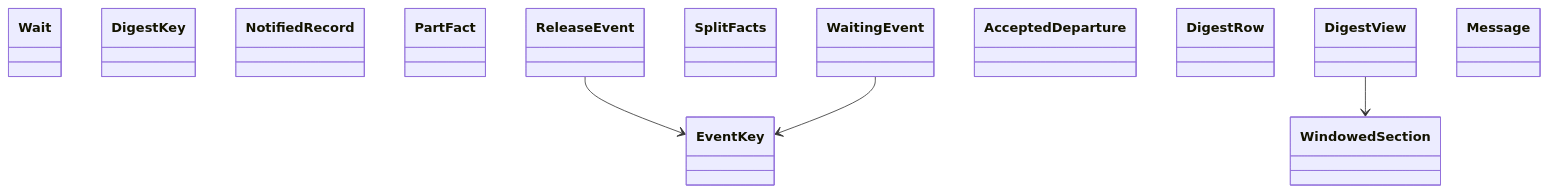
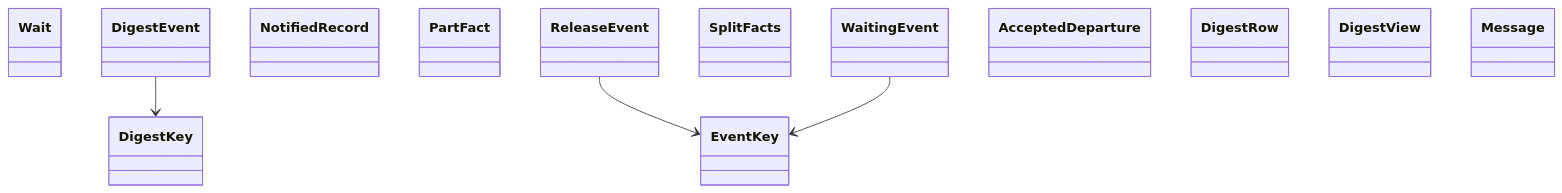
Before and after one commit to GonzaloZevallos/agentic-system: the diagram in docs/architecture/generated/classes-process-domain-machine-2.md, drawn with Mermaid. The commit also changed other lines of this file and 7 other files, not shown here.

````diff
--- a/docs/architecture/generated/classes-process-domain-machine-2.md
+++ b/docs/architecture/generated/classes-process-domain-machine-2.md
@@ -34,19 +34,19 @@
 ```mermaid
 classDiagram
     class github_budget__Wait["Wait"]
+    class notify__DigestEvent["DigestEvent"]
     class notify__DigestKey["DigestKey"]
     class notify__EventKey["EventKey"]
     class notify__NotifiedRecord["NotifiedRecord"]
     class notify__PartFact["PartFact"]
     class notify__ReleaseEvent["ReleaseEvent"]
     class notify__SplitFacts["SplitFacts"]
     class notify__WaitingEvent["WaitingEvent"]
     class notify_message__AcceptedDeparture["AcceptedDeparture"]
     class notify_message__DigestRow["DigestRow"]
     class notify_message__DigestView["DigestView"]
     class notify_message__Message["Message"]
-    class notify_message__WindowedSection["WindowedSection"]
+    notify__DigestEvent --> notify__DigestKey
     notify__ReleaseEvent --> notify__EventKey
     notify__WaitingEvent --> notify__EventKey
-    notify_message__DigestView --> notify_message__WindowedSection
 ```
````
